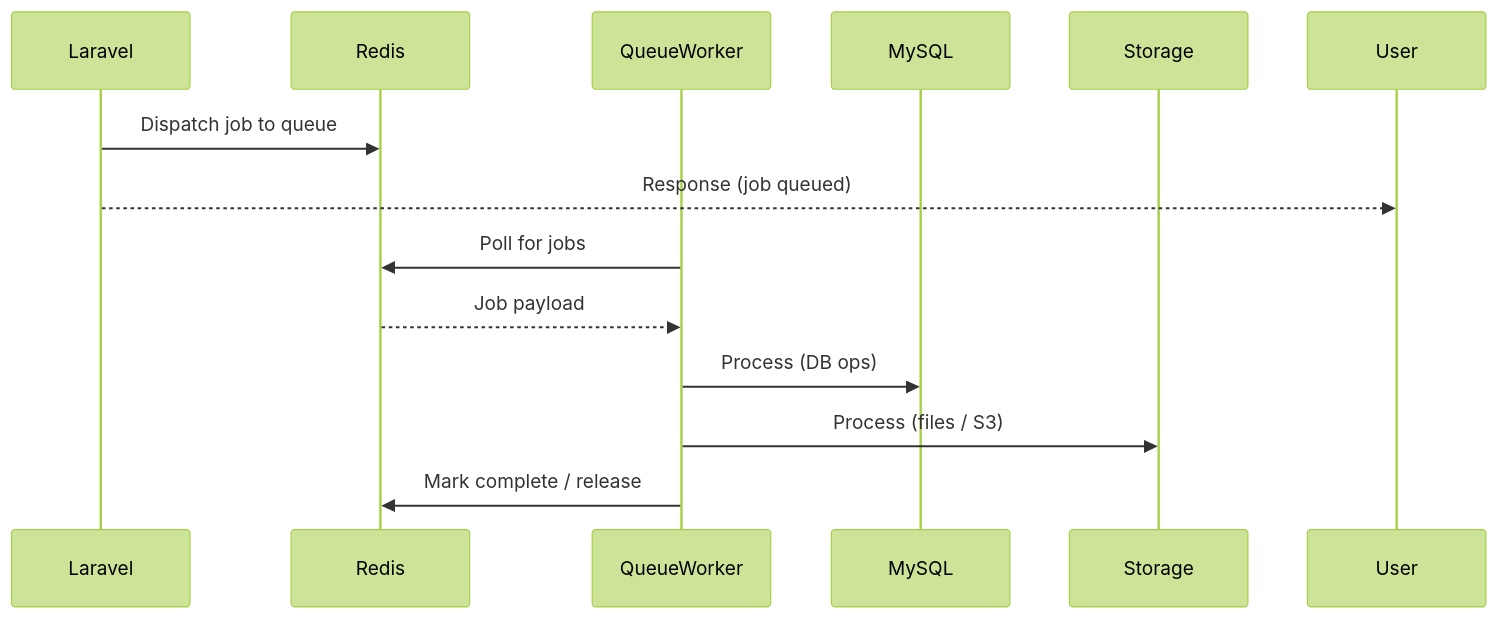
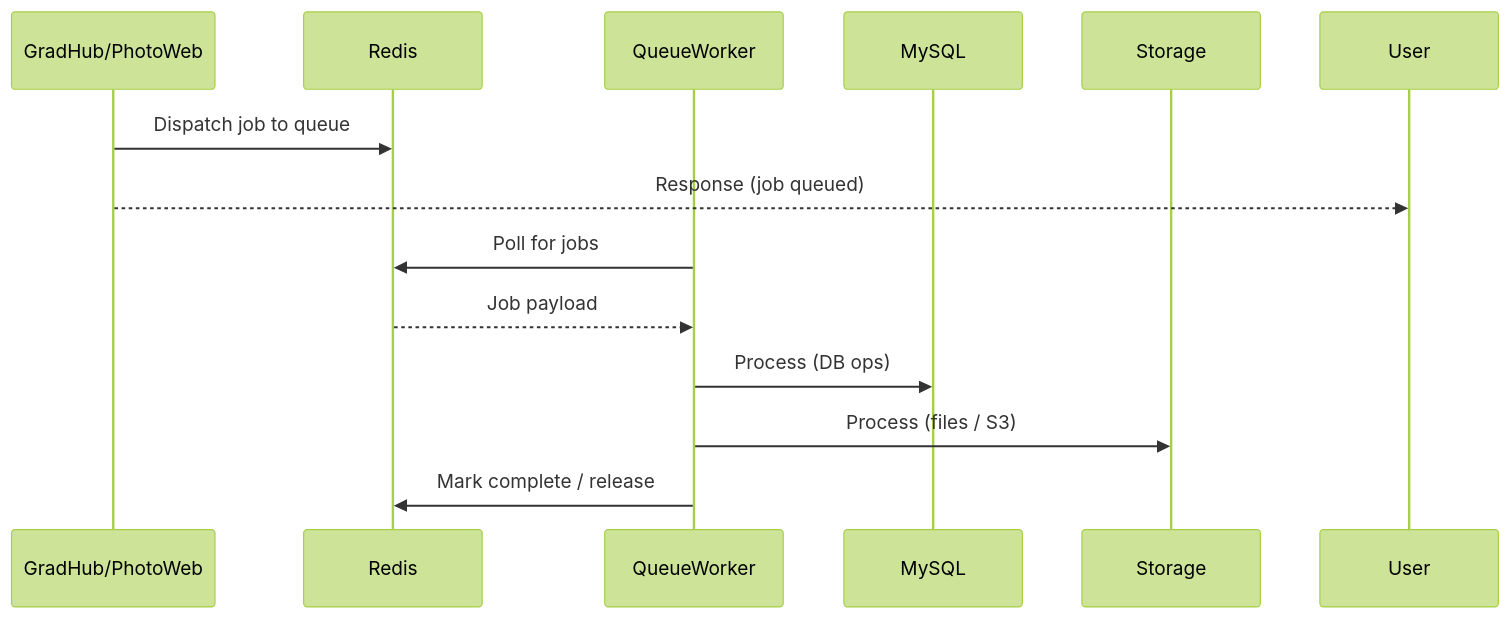
Before and after one commit to yeremko/gatest: the fourth of 7 diagrams in architecture.md, drawn with Mermaid (forest theme). The commit also changed other lines of this file, not shown here.

````diff
--- a/architecture.md
+++ b/architecture.md
@@ -112,16 +123,16 @@
 ```mermaid
 sequenceDiagram
-    participant Laravel
+    participant App as GradHub/PhotoWeb
     participant Redis
     participant QueueWorker
     participant MySQL
     participant Storage
 
-    Laravel->>Redis: Dispatch job to queue
-    Laravel-->>User: Response (job queued)
+    App->>Redis: Dispatch job to queue
+    App-->>User: Response (job queued)
     QueueWorker->>Redis: Poll for jobs
     Redis-->>QueueWorker: Job payload
     QueueWorker->>MySQL: Process (DB ops)
     QueueWorker->>Storage: Process (files / S3)
     QueueWorker->>Redis: Mark complete / release
 ```
````
